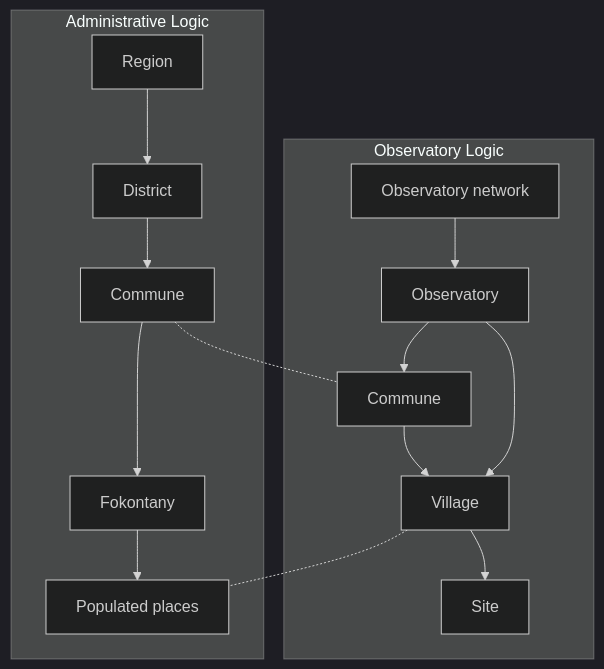
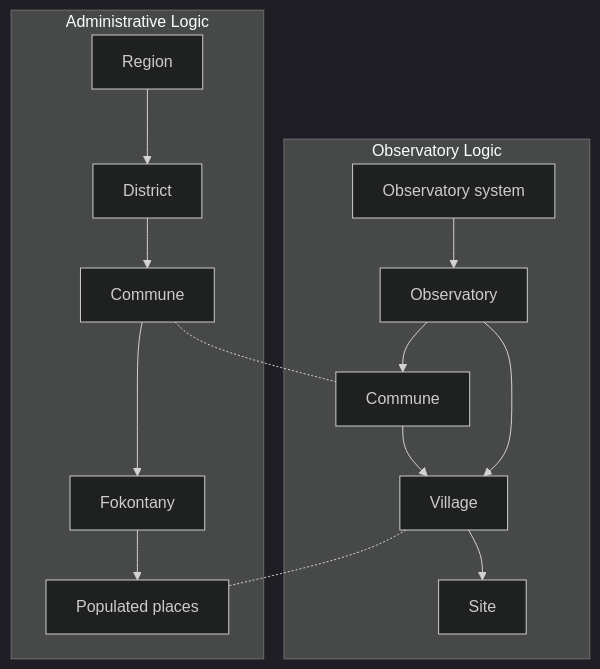
The second of 2 diagrams in 03-ror-data-georeferencing.qmd (BETSAKA/Rural_obs_Madagascar), drawn with Mermaid (dark theme) before and after one commit. The commit also changed other lines of this file and 4 other files, not shown here.

````diff
--- a/03-ror-data-georeferencing.qmd
+++ b/03-ror-data-georeferencing.qmd
@@ -159,41 +159,41 @@
 ```{mermaid}
 %%| label: fig-spatial-hierarchies
 %%| fig-cap: Spatial entities pre-defined relationship and matching
 
 
 graph TD
 
 %% Administrative Logic
 subgraph "Administrative Logic"
 A[Region]
 B[District]
 C[Commune]
 D[Fokontany]
 I[Populated places]
 
 A --> B
 B --> C
 C --> D
 D --> I
 end
 
 %% Observatory Logic
 
 subgraph "Observatory Logic"
-E[Observatory network]
+E[Observatory system]
 F[Observatory]
 G[Commune]
 H[Village]
 J[Site]
 
 E --> F
 F --> G
 G --> H
 F --> H
 H--> J
 end
 
 %% Geospatial matching
 H -.- I
 C -.- G
 ```
````
